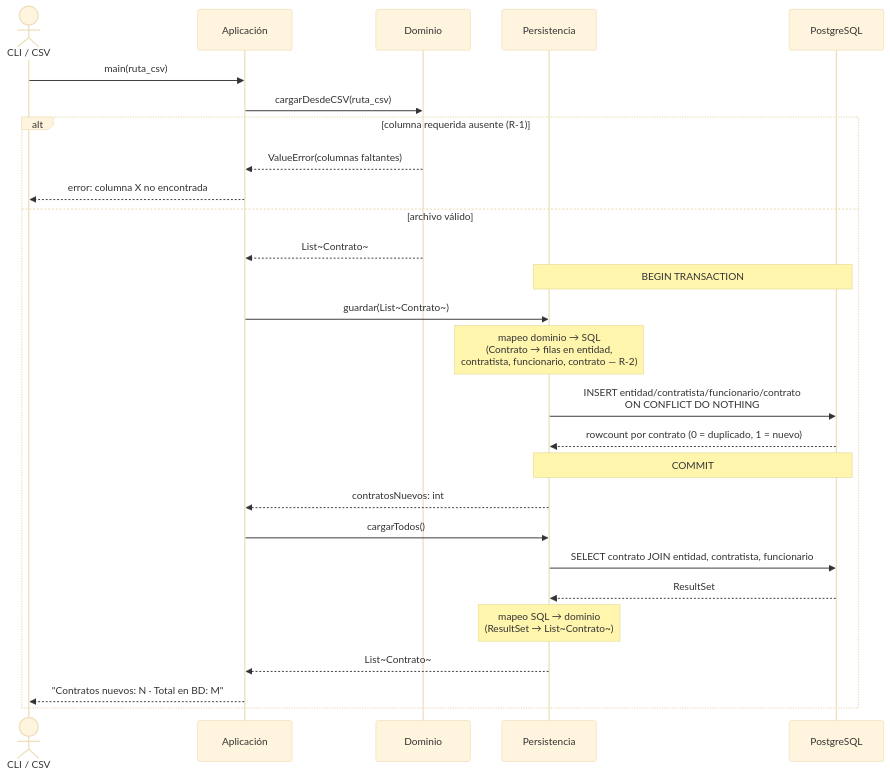
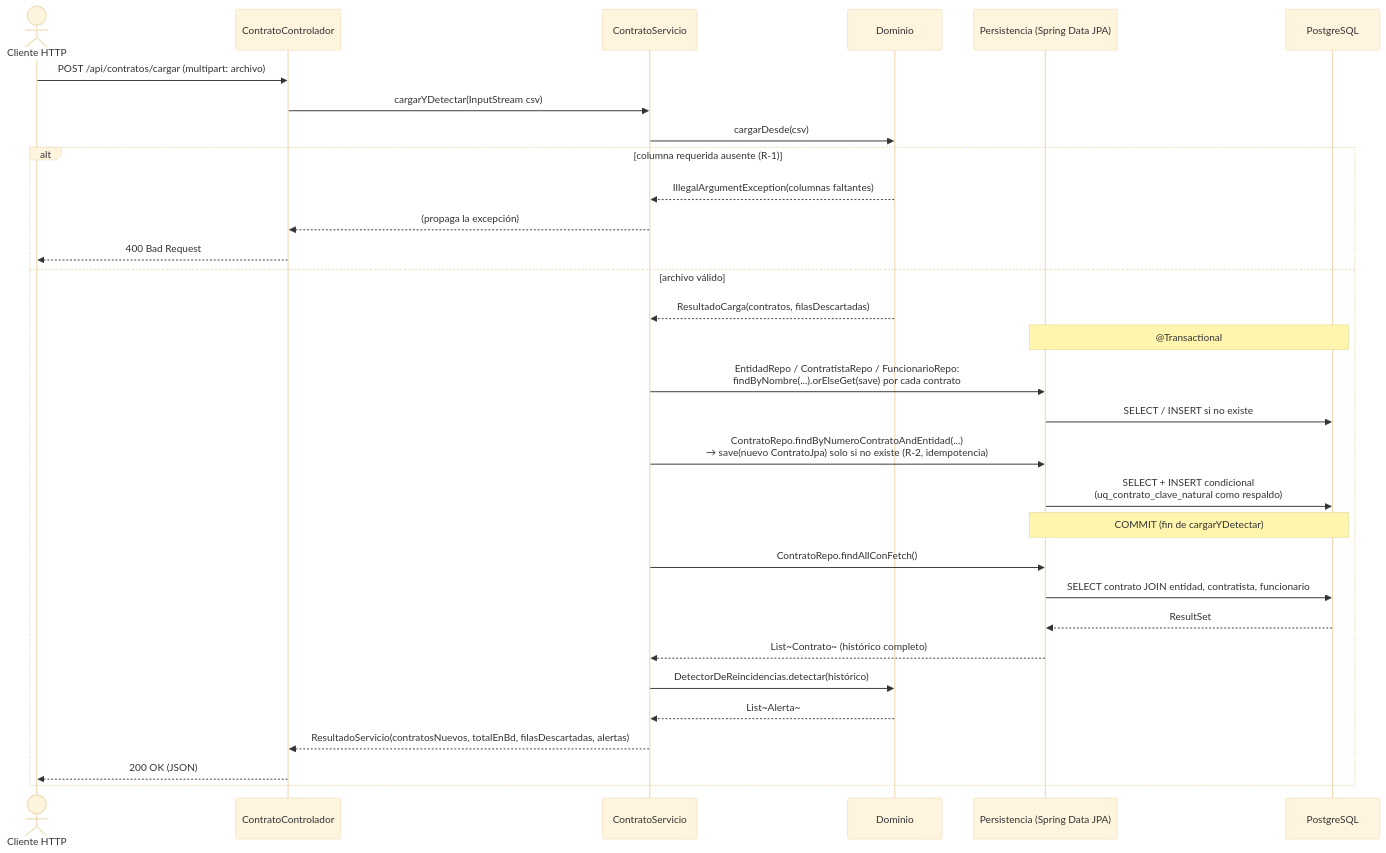
One commit to juanpabloow/proyecto_g changed the first of 2 diagrams in esqueleto/rebanada.md. Above: the diagram before and after it, drawn with Mermaid (base theme). The commit also changed other lines of this file and 3 other files, not shown here.

Commit message:
Actualiza rebanada.md a Spring Boot y agrega prueba e2e de idempotencia

````diff
--- a/esqueleto/rebanada.md
+++ b/esqueleto/rebanada.md
@@ -41,35 +45,39 @@
 ```mermaid
 sequenceDiagram
-    actor CLI as CLI / CSV
-    participant App as Aplicación
+    actor Cliente as Cliente HTTP
+    participant Api as ContratoControlador
+    participant App as ContratoServicio
     participant Dom as Dominio
-    participant Per as Persistencia
+    participant Per as Persistencia (Spring Data JPA)
     participant DB as PostgreSQL
 
-    CLI->>App: main(ruta_csv)
-    App->>Dom: cargarDesdeCSV(ruta_csv)
+    Cliente->>Api: POST /api/contratos/cargar (multipart: archivo)
+    Api->>App: cargarYDetectar(InputStream csv)
+    App->>Dom: cargarDesde(csv)
 
     alt columna requerida ausente (R-1)
-        Dom-->>App: ValueError(columnas faltantes)
-        App-->>CLI: error: columna X no encontrada
+        Dom-->>App: IllegalArgumentException(columnas faltantes)
+        App-->>Api: (propaga la excepción)
+        Api-->>Cliente: 400 Bad Request
     else archivo válido
-        Dom-->>App: List~Contrato~
+        Dom-->>App: ResultadoCarga(contratos, filasDescartadas)
 
-        Note over Per,DB: BEGIN TRANSACTION
-        App->>Per: guardar(List~Contrato~)
-        Note over Per: mapeo dominio → SQL<br/>(Contrato → filas en entidad,<br/>contratista, funcionario, contrato — R-2)
-        Per->>DB: INSERT entidad/contratista/funcionario/contrato<br/>ON CONFLICT DO NOTHING
-        DB-->>Per: rowcount por contrato (0 = duplicado, 1 = nuevo)
-        Note over Per,DB: COMMIT
+        Note over Per,DB: @Transactional
+        App->>Per: EntidadRepo / ContratistaRepo / FuncionarioRepo:<br/>findByNombre(...).orElseGet(save) por cada contrato
+        Per->>DB: SELECT / INSERT si no existe
+        App->>Per: ContratoRepo.findByNumeroContratoAndEntidad(...)<br/>→ save(nuevo ContratoJpa) solo si no existe (R-2, idempotencia)
+        Per->>DB: SELECT + INSERT condicional<br/>(uq_contrato_clave_natural como respaldo)
+        Note over Per,DB: COMMIT (fin de cargarYDetectar)
 
-        Per-->>App: contratosNuevos: int
-
-        App->>Per: cargarTodos()
+        App->>Per: ContratoRepo.findAllConFetch()
         Per->>DB: SELECT contrato JOIN entidad, contratista, funcionario
         DB-->>Per: ResultSet
-        Note over Per: mapeo SQL → dominio<br/>(ResultSet → List~Contrato~)
-        Per-->>App: List~Contrato~
+        Per-->>App: List~Contrato~ (histórico completo)
 
-        App-->>CLI: "Contratos nuevos: N · Total en BD: M"
+        App->>Dom: DetectorDeReincidencias.detectar(histórico)
+        Dom-->>App: List~Alerta~
+
+        App-->>Api: ResultadoServicio(contratosNuevos, totalEnBd, filasDescartadas, alertas)
+        Api-->>Cliente: 200 OK (JSON)
     end
 ```
````
